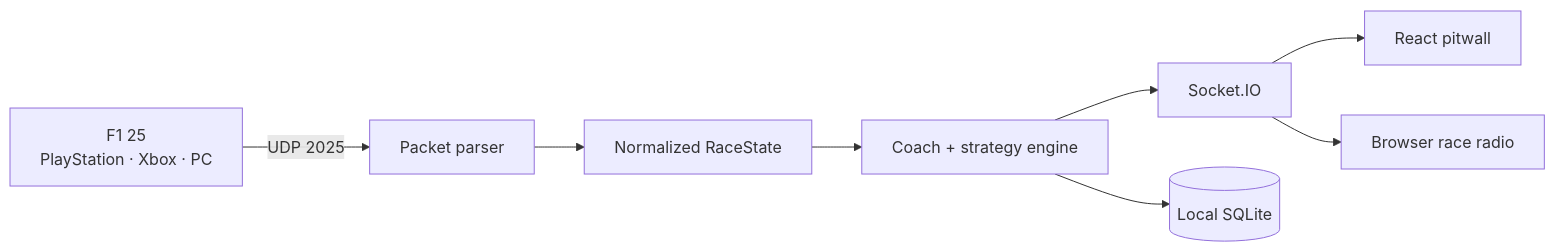
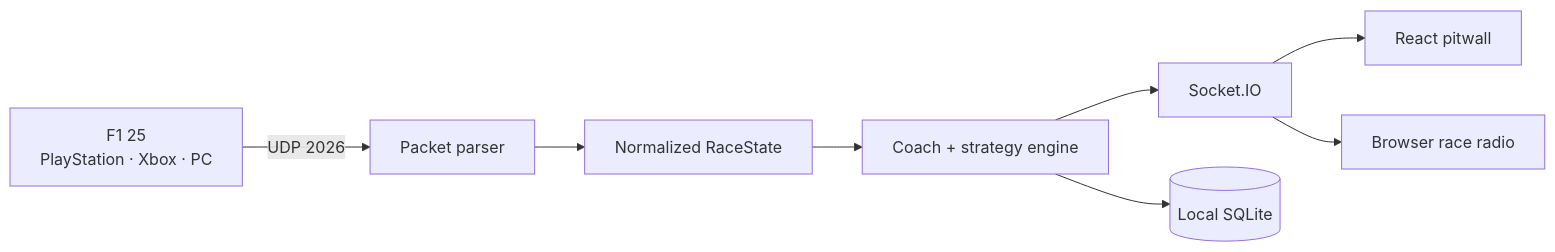
The diagram in README.md (diegodella1/f1-race-monitor), drawn with Mermaid before and after one commit. The commit also changed other lines of this file and 28 other files, not shown here.

````diff
--- a/README.md
+++ b/README.md
@@ -102,10 +110,10 @@
 ```mermaid
 flowchart LR
-    A[F1 25<br/>PlayStation · Xbox · PC] -->|UDP 2025| B[Packet parser]
+    A[F1 25<br/>PlayStation · Xbox · PC] -->|UDP 2026| B[Packet parser]
     B --> C[Normalized RaceState]
     C --> D[Coach + strategy engine]
     D --> E[Socket.IO]
     E --> F[React pitwall]
     D --> G[(Local SQLite)]
     E --> H[Browser race radio]
 ```
````
